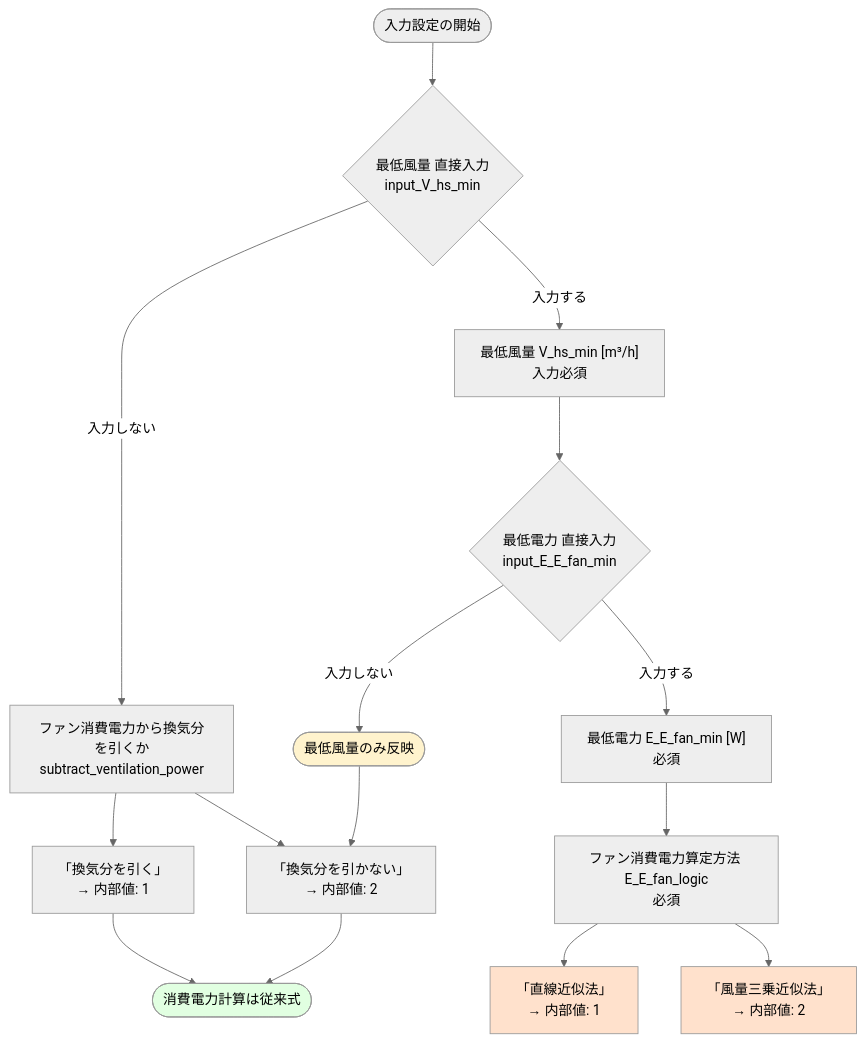
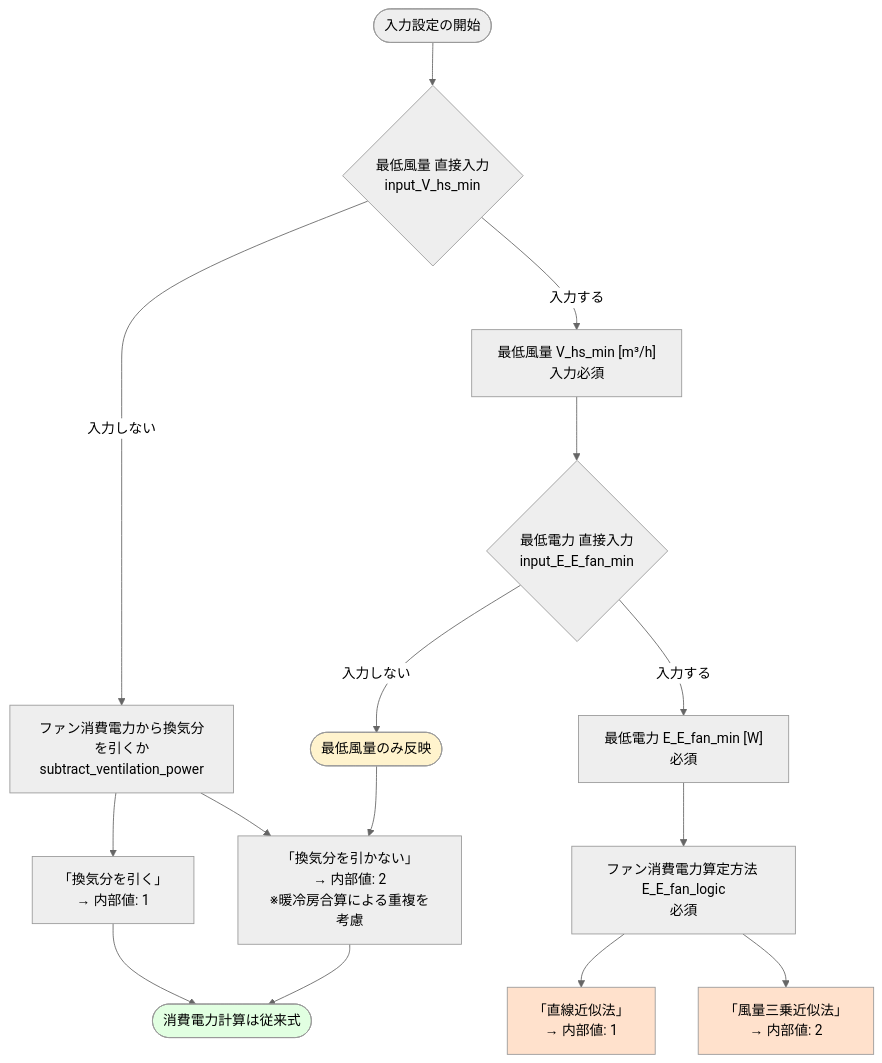
Before and after one commit to iguchi-lab/Verification-Platform-Next: the first of 8 diagrams in docs/最低風量_最低電力_直接入力.md, drawn with Mermaid (neutral theme). The commit also changed other lines of this file, not shown here.

````diff
--- a/docs/最低風量_最低電力_直接入力.md
+++ b/docs/最低風量_最低電力_直接入力.md
@@ -45,27 +45,27 @@
 ```mermaid
 flowchart TD
 
 Start([入力設定の開始])
 --> Q1{最低風量 直接入力<br/>input_V_hs_min}
 
 Q1 -->|入力しない| A1[ファン消費電力から換気分を引くか<br/>subtract_ventilation_power]
 A1 --> A1a["「換気分を引く」<br/>→ 内部値: 1"]
-A1 --> A1b["「換気分を引かない」<br/>→ 内部値: 2"]
+A1 --> A1b["「換気分を引かない」<br/>→ 内部値: 2<br/>※暖冷房合算による重複を考慮"]
 
 Q1 -->|入力する| B1["最低風量 V_hs_min [m³/h]<br/>入力必須"]
 B1 --> Q2{最低電力 直接入力<br/>input_E_E_fan_min}
 
 Q2 -->|入力しない| EndB([最低風量のみ反映])
 EndB --> A1b
 A1a & A1b --> EndA([消費電力計算は従来式])
 
 Q2 -->|入力する| C1["最低電力 E_E_fan_min [W]<br/>必須"]
 C1 --> C2["ファン消費電力算定方法 E_E_fan_logic<br/>必須"]
 C2 --> C2a["「直線近似法」<br/>→ 内部値: 1"]
 C2 --> C2b["「風量三乗近似法」<br/>→ 内部値: 2"]
 
 style EndA fill:#e1ffe1
 style EndB fill:#fff3cd
 style C2a fill:#ffe1cc
 style C2b fill:#ffe1cc
 ```
````
